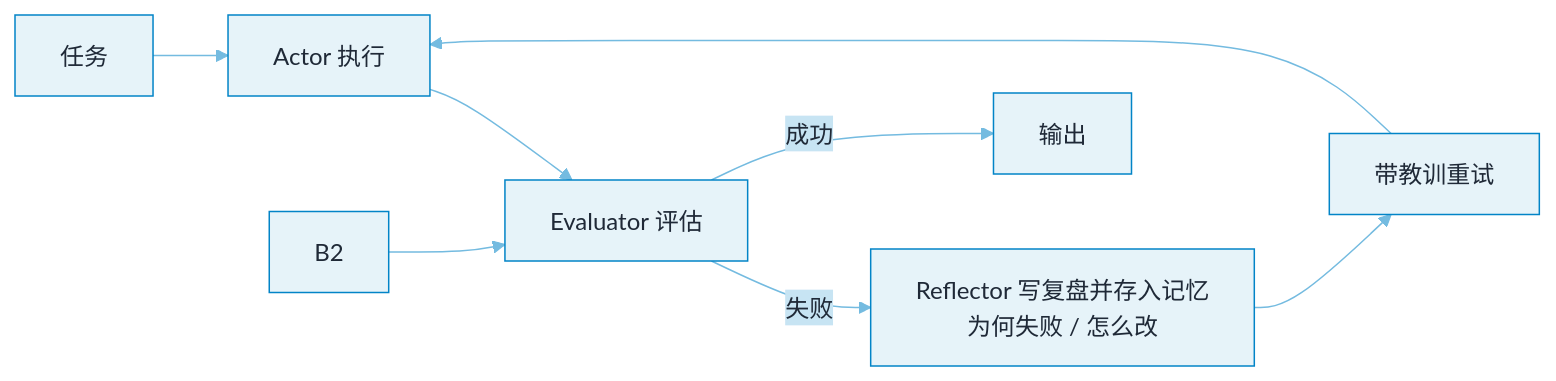
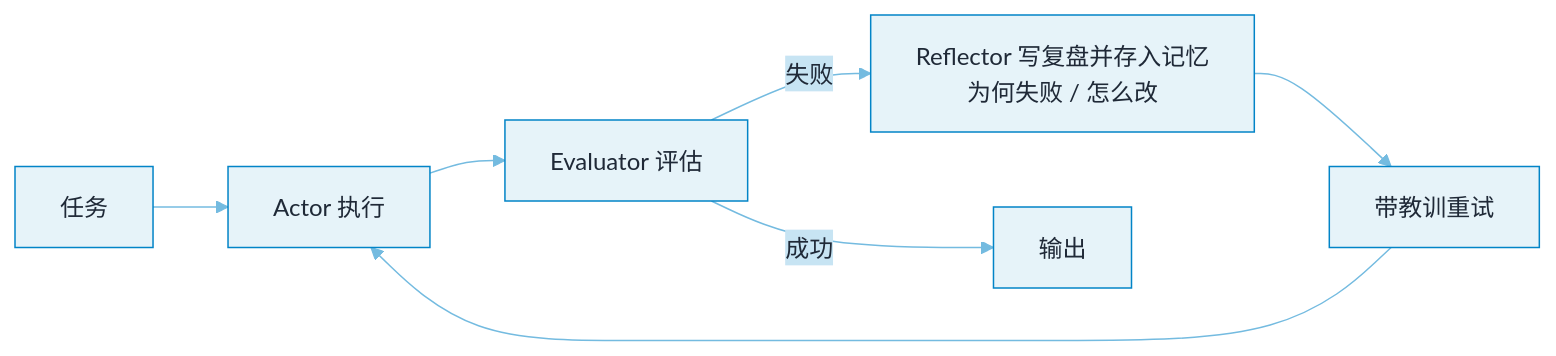
One commit to funny8kids/ai-agent-handbook changed the diagram in docs/04-prompt-reasoning/reflexion.md. Above: the diagram before and after it, drawn with Mermaid. The commit also changed other lines of this file and 39 other files, not shown here.

First line of the commit message:
Round 15: re-measure all diagrams on GitBook's real mermaid version (11.14.0)

````diff
--- a/docs/04-prompt-reasoning/reflexion.md
+++ b/docs/04-prompt-reasoning/reflexion.md
@@ -44,11 +44,10 @@
 ```mermaid
 %%{init: {"theme":"base","themeVariables":{"primaryColor":"#E6F3F9","primaryBorderColor":"#0284C7","primaryTextColor":"#1F2937","secondaryColor":"#C7E4F3","tertiaryColor":"#F5FAFD","lineColor":"#74BBE0","actorBkg":"#EBF5FB","actorBorder":"#0284C7","actorTextColor":"#1F2937","signalColor":"#4EA9D8","noteBkgColor":"#D1E9F5","noteBorderColor":"#0284C7","noteTextColor":"#1F2937","labelBoxBkgColor":"#E6F3F9","labelBoxBorderColor":"#0284C7"}}}%%
 flowchart LR
   A[任务] --> B["Actor 执行"]
   B --> C["Evaluator 评估"]
   C -- 失败 --> D["Reflector 写复盘并存入记忆<br/>为何失败 / 怎么改"]
   D --> E[带教训重试]
   E --> B
-  B2 --> C
   C -- 成功 --> F[输出]
 ```
````
